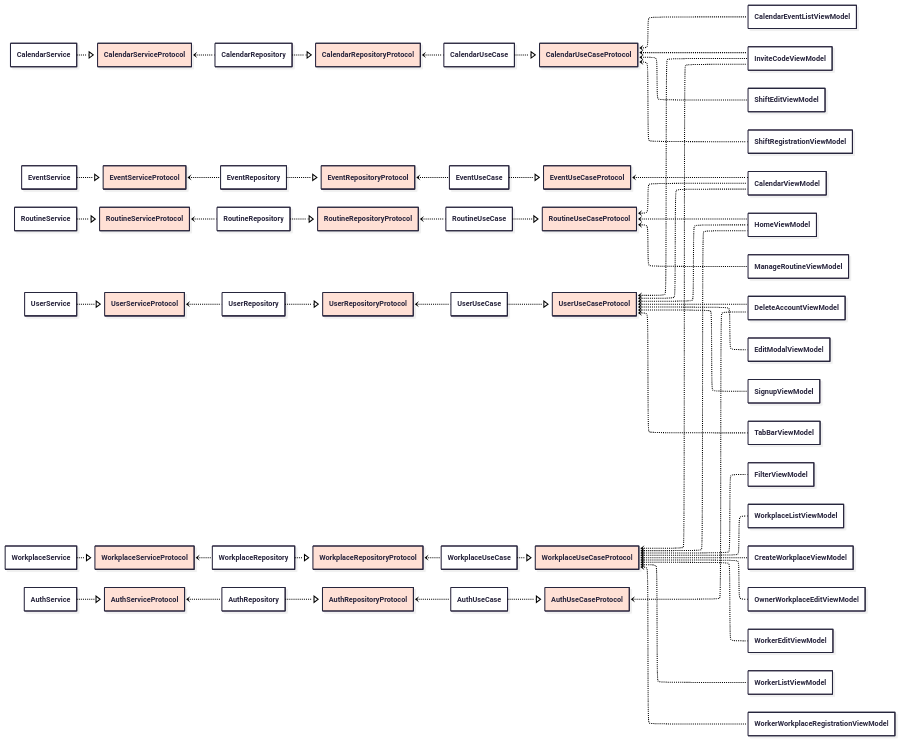
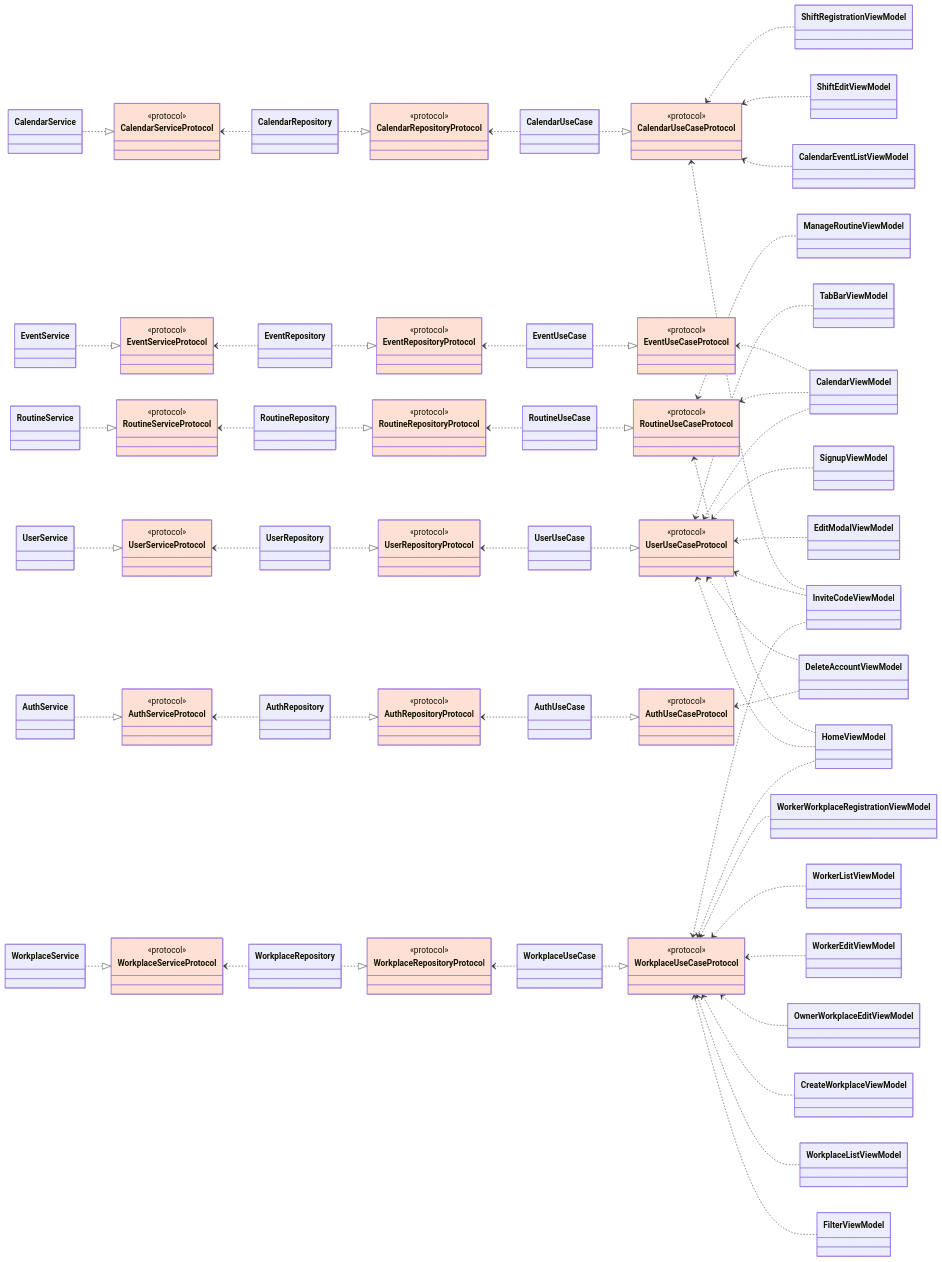
One commit to 5-rganization/MOUP-iOS changed the first of 2 diagrams in README.md. Above: the diagram before and after it, drawn with Mermaid. The commit also changed other lines of this file, not shown here.

````diff
--- a/README.md
+++ b/README.md
@@ -61,12 +62,16 @@
 ``` mermaid
----
-config:
-  class:
-    hideEmptyMembersBox: true
-  layout: elk
-  look: neo
-  theme: redux
----
+%%{
+  init: {
+    "theme": "default",
+    "fontFamily": "monospace",
+    "elk": {
+        "mergeEdges": false,
+        "nodePlacementStrategy": "BRANDES_KOEPF",
+        "forceNodeModelOrder": false,
+        "considerModelOrder": "NODES_AND_EDGES"
+    }
+  }
+}%%
 classDiagram
 direction LR
     CalendarService ..|> CalendarServiceProtocol
@@ -130,25 +135,24 @@
     AuthUseCase ..|> AuthUseCaseProtocol
     AuthUseCaseProtocol <.. DeleteAccountViewModel
 
-	class CalendarServiceProtocol:::MOUP_primary100
-	class CalendarUseCaseProtocol:::MOUP_primary100
-	class EventServiceProtocol:::MOUP_primary100
-	class EventRepositoryProtocol:::MOUP_primary100
-	class EventUseCaseProtocol:::MOUP_primary100
-	class RoutineServiceProtocol:::MOUP_primary100
-	class RoutineRepositoryProtocol:::MOUP_primary100
-	class RoutineUseCaseProtocol:::MOUP_primary100
-	class UserServiceProtocol:::MOUP_primary100
-	class UserRepositoryProtocol:::MOUP_primary100
-	class UserUseCaseProtocol:::MOUP_primary100
-	class WorkplaceServiceProtocol:::MOUP_primary100
-	class WorkplaceRepositoryProtocol:::MOUP_primary100
-	class WorkplaceUseCaseProtocol:::MOUP_primary100
-	class AuthServiceProtocol:::MOUP_primary100
-	class AuthRepositoryProtocol:::MOUP_primary100
-	class AuthUseCaseProtocol:::MOUP_primary100
-	class CalendarRepositoryProtocol:::MOUP_primary100
+	class CalendarServiceProtocol:::MOUP_primary100 { <<protocol>> }
+	class CalendarUseCaseProtocol:::MOUP_primary100 { <<protocol>> }
+	class EventServiceProtocol:::MOUP_primary100 { <<protocol>> }
+	class EventRepositoryProtocol:::MOUP_primary100 { <<protocol>> }
+	class EventUseCaseProtocol:::MOUP_primary100 { <<protocol>> }
+	class RoutineServiceProtocol:::MOUP_primary100 { <<protocol>> }
+	class RoutineRepositoryProtocol:::MOUP_primary100 { <<protocol>> }
+	class RoutineUseCaseProtocol:::MOUP_primary100 { <<protocol>> }
+	class UserServiceProtocol:::MOUP_primary100 { <<protocol>> }
+	class UserRepositoryProtocol:::MOUP_primary100 { <<protocol>> }
+	class UserUseCaseProtocol:::MOUP_primary100 { <<protocol>> }
+	class WorkplaceServiceProtocol:::MOUP_primary100 { <<protocol>> }
+	class WorkplaceRepositoryProtocol:::MOUP_primary100 { <<protocol>> }
+	class WorkplaceUseCaseProtocol:::MOUP_primary100 { <<protocol>> }
+	class AuthServiceProtocol:::MOUP_primary100 { <<protocol>> }
+	class AuthRepositoryProtocol:::MOUP_primary100 { <<protocol>> }
+	class AuthUseCaseProtocol:::MOUP_primary100 { <<protocol>> }
+	class CalendarRepositoryProtocol:::MOUP_primary100 { <<protocol>> }
 
 	classDef MOUP_primary100 fill:#FFE0D5
-
 ```
````
